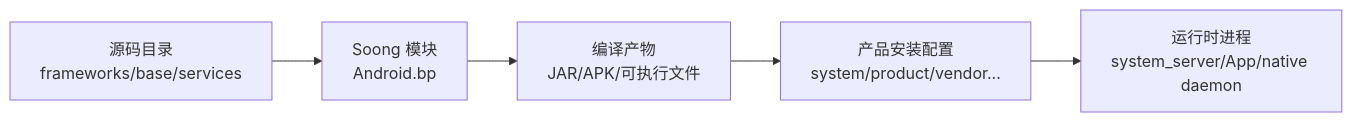
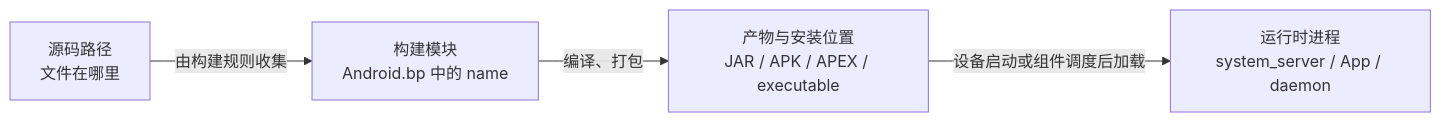
One commit to junyingzhao001/StudyNotes changed the second of 3 diagrams in Android源码学习/02-AOSP工程目录介绍.md. Above: the diagram before and after it, drawn with Mermaid. The commit also changed other lines of this file and 30 other files, not shown here.

````diff
--- a/Android源码学习/02-AOSP工程目录介绍.md
+++ b/Android源码学习/02-AOSP工程目录介绍.md
@@ -184,9 +98,11 @@
 ```mermaid
 flowchart LR
-    S["源码目录<br/>frameworks/base/services"]
-    B["Soong 模块<br/>Android.bp"]
-    A["编译产物<br/>JAR/APK/可执行文件"]
-    I["产品安装配置<br/>system/product/vendor..."]
-    R["运行时进程<br/>system_server/App/native daemon"]
-    S --> B --> A --> I --> R
+    SRC["源码路径<br/>文件在哪里"]
+    MOD["构建模块<br/>Android.bp 中的 name"]
+    ART["产物与安装位置<br/>JAR / APK / APEX / executable"]
+    PROC["运行时进程<br/>system_server / App / daemon"]
+
+    SRC -->|由构建规则收集| MOD
+    MOD -->|编译、打包| ART
+    ART -->|设备启动或组件调度后加载| PROC
 ```
````
